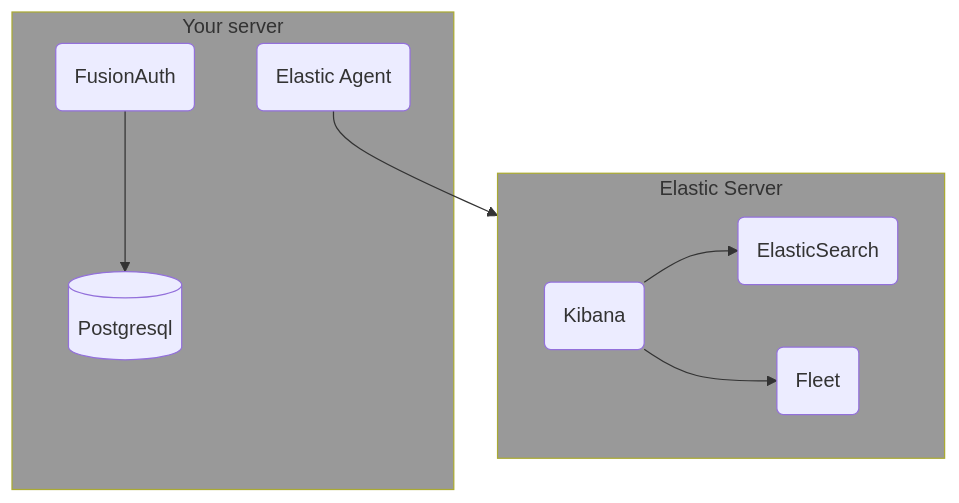
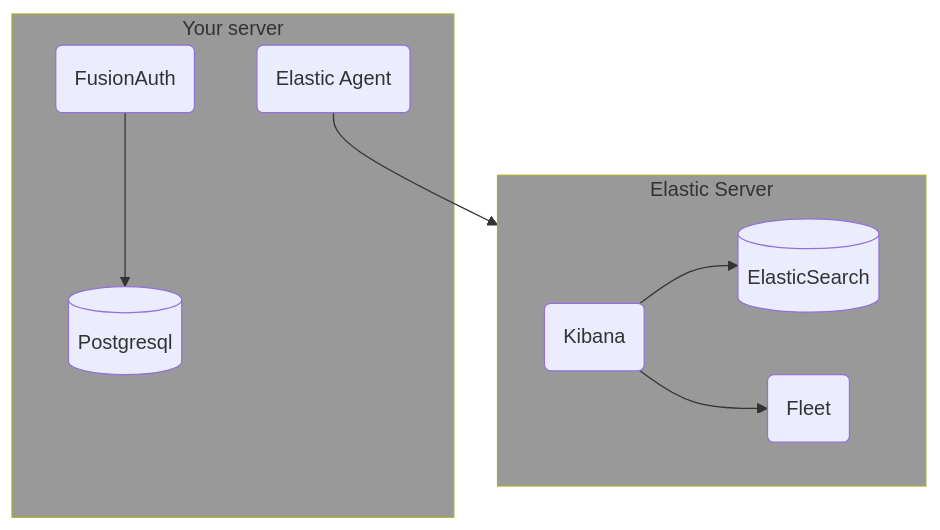
The third of 6 diagrams in astro/src/content/docs/operate/secure-and-monitor/elastic.mdx (FusionAuth/fusionauth-site), drawn with Mermaid before and after one commit. The commit also changed other lines of this file and 2 other files, not shown here.

````diff
--- a/astro/src/content/docs/operate/secure-and-monitor/elastic.mdx
+++ b/astro/src/content/docs/operate/secure-and-monitor/elastic.mdx
@@ -130,16 +131,16 @@
 ```mermaid
 graph TD
   subgraph E[Elastic Server]
-    J(Kibana) --> B(ElasticSearch)
+    J(Kibana) --> B[(ElasticSearch)]
     J --> F(Fleet)
   end
   subgraph I[Your server]
     H[(Postgresql)]
     A(FusionAuth)
     D(Elastic Agent)
   end
   A --> H
   D --> E
   style I fill:#999
   style E fill:#999
 ```
````
